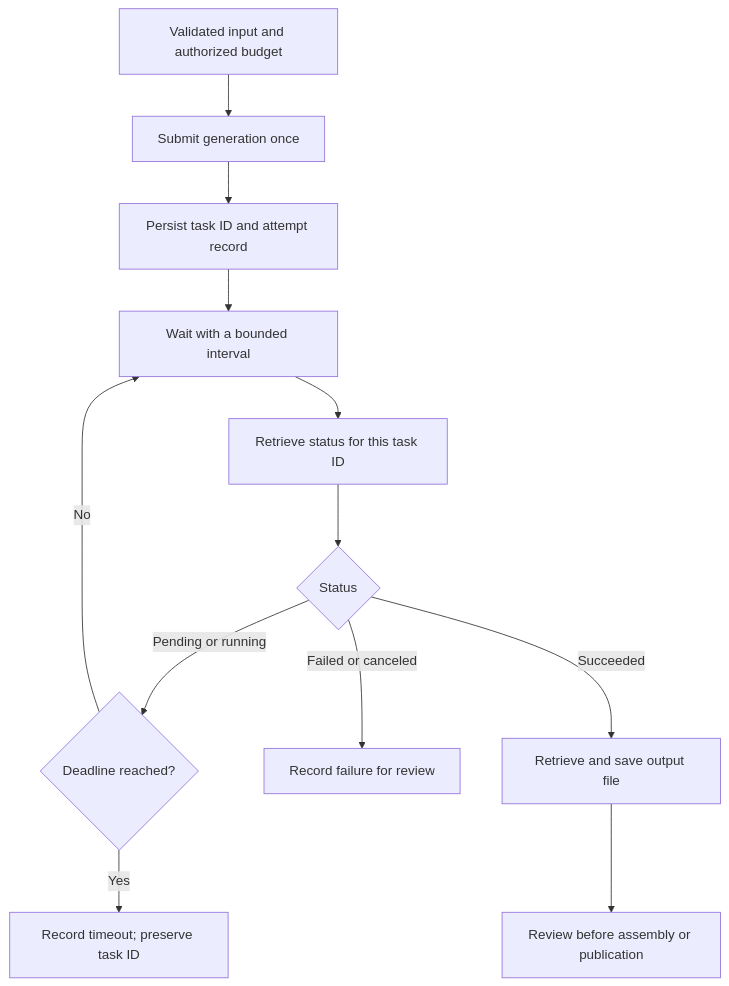
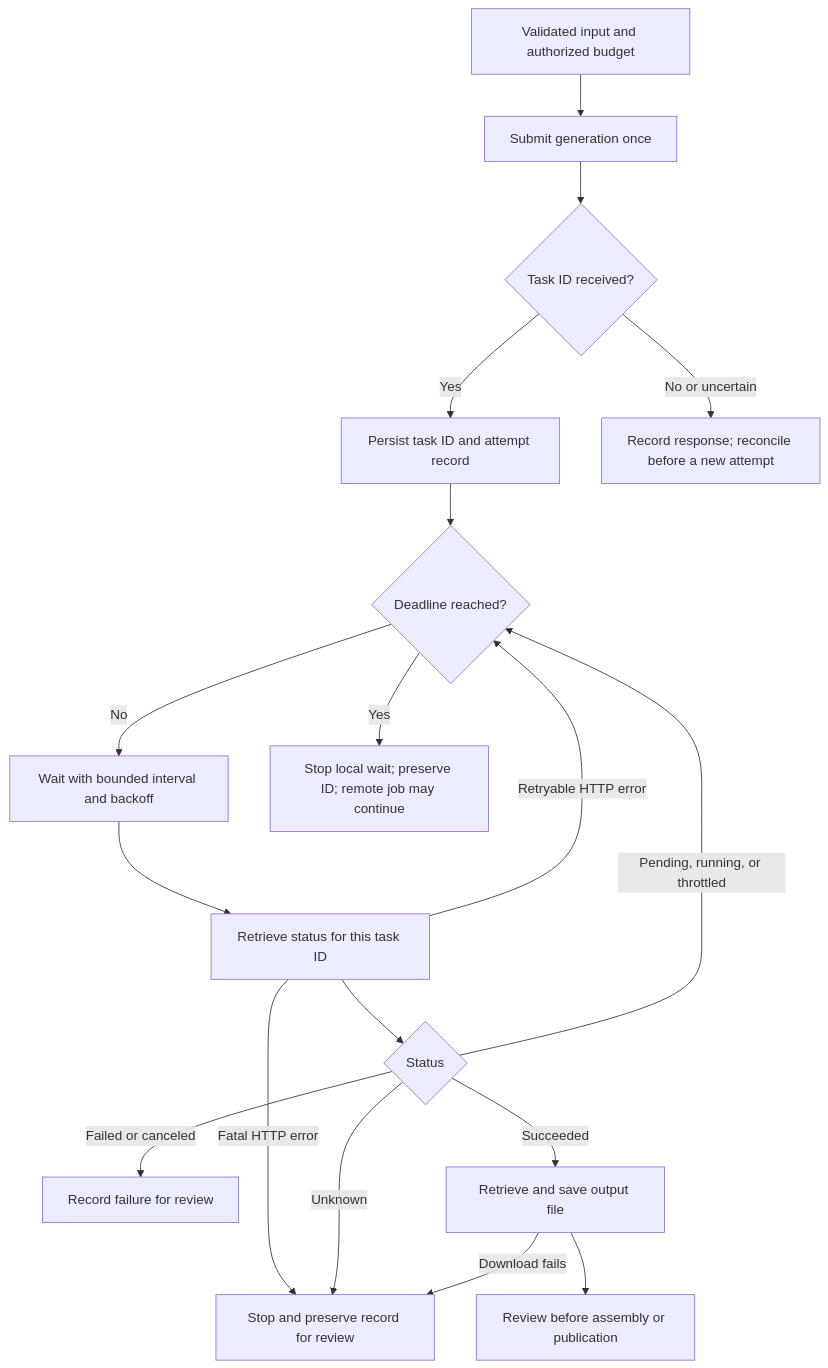
Before and after one commit to buicongnguyen/Better_skill: the diagram in diagrams/video-job.mmd, drawn with Mermaid. The commit also changed 35 other files, not shown here.

```diff
--- a/diagrams/video-job.mmd
+++ b/diagrams/video-job.mmd
@@ -1,14 +1,20 @@
 flowchart TD
   accTitle: A bounded asynchronous video job
-  accDescr: Submit one generation request, persist its task ID, wait and check status, then save a successful output. Failures and deadlines stop the loop without silently submitting another paid task.
+  accDescr: Submit once per attempt and persist the ID. Reconcile uncertain submissions. Poll pending, running, or throttled tasks within a deadline; retry only transient status errors with bounded backoff. Save successful output. A local timeout does not cancel the remote task.
   A["Validated input and authorized budget"] --> B["Submit generation once"]
-  B --> C["Persist task ID and attempt record"]
-  C --> D["Wait with a bounded interval"]
+  B --> L{"Task ID received?"}
+  L -->|Yes| C["Persist task ID and attempt record"]
+  L -->|No or uncertain| M["Record response; reconcile before a new attempt"]
+  C --> G{"Deadline reached?"}
+  G -->|No| D["Wait with bounded interval and backoff"]
+  G -->|Yes| H["Stop local wait; preserve ID; remote job may continue"]
   D --> E["Retrieve status for this task ID"]
   E --> F{"Status"}
-  F -->|Pending or running| G{"Deadline reached?"}
-  G -->|No| D
-  G -->|Yes| H["Record timeout; preserve task ID"]
+  F -->|Pending, running, or throttled| G
+  E -->|Retryable HTTP error| G
+  E -->|Fatal HTTP error| N["Stop and preserve record for review"]
+  F -->|Unknown| N
   F -->|Failed or canceled| I["Record failure for review"]
   F -->|Succeeded| J["Retrieve and save output file"]
+  J -->|Download fails| N
   J --> K["Review before assembly or publication"]
```
